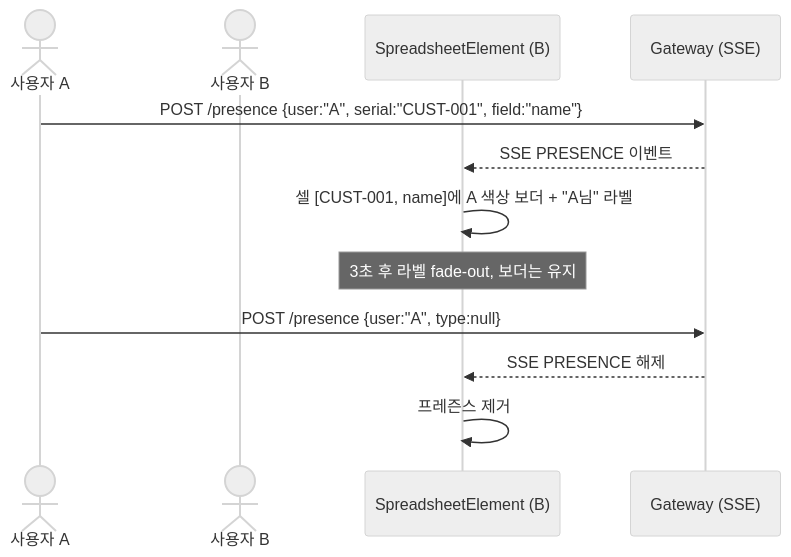
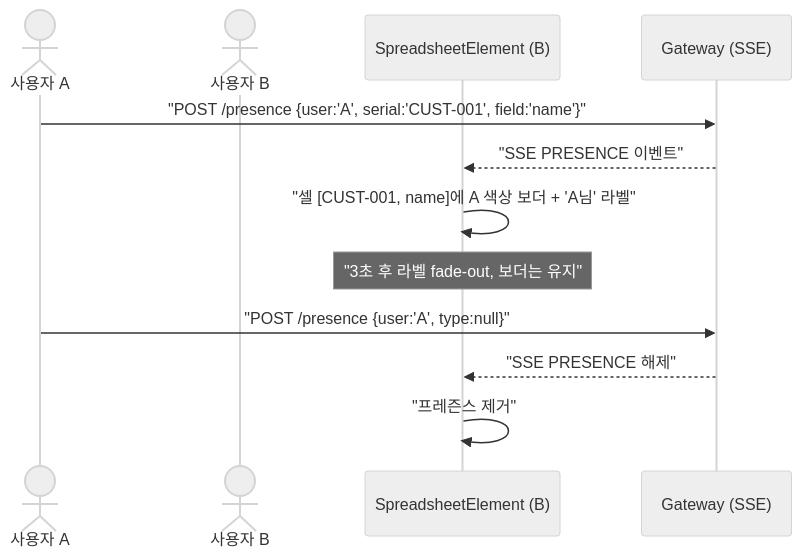
One commit to sayaya1090/handbook changed the ninth of 9 diagrams in document-ui/USECASE.md. Above: the diagram before and after it, drawn with Mermaid (neutral theme). The commit also changed other lines of this file and 22 other files, not shown here.

First line of the commit message:
docs: Mermaid 다이어그램 렌더링 오류 수정을 위한 구문 전수 교정

````diff
--- a/document-ui/USECASE.md
+++ b/document-ui/USECASE.md
@@ -382,16 +382,16 @@
 ```mermaid
 sequenceDiagram
     actor A as 사용자 A
     actor B as 사용자 B
     participant Sheet as SpreadsheetElement (B)
     participant GW as Gateway (SSE)
 
-    A->>GW: POST /presence {user:"A", serial:"CUST-001", field:"name"}
-    GW-->>Sheet: SSE PRESENCE 이벤트
-    Sheet->>Sheet: 셀 [CUST-001, name]에 A 색상 보더 + "A님" 라벨
-    Note over Sheet: 3초 후 라벨 fade-out, 보더는 유지
+    A->>GW: "POST /presence {user:'A', serial:'CUST-001', field:'name'}"
+    GW-->>Sheet: "SSE PRESENCE 이벤트"
+    Sheet->>Sheet: "셀 [CUST-001, name]에 A 색상 보더 + 'A님' 라벨"
+    Note over Sheet: "3초 후 라벨 fade-out, 보더는 유지"
 
-    A->>GW: POST /presence {user:"A", type:null}
-    GW-->>Sheet: SSE PRESENCE 해제
-    Sheet->>Sheet: 프레즌스 제거
+    A->>GW: "POST /presence {user:'A', type:null}"
+    GW-->>Sheet: "SSE PRESENCE 해제"
+    Sheet->>Sheet: "프레즌스 제거"
 ```
````
